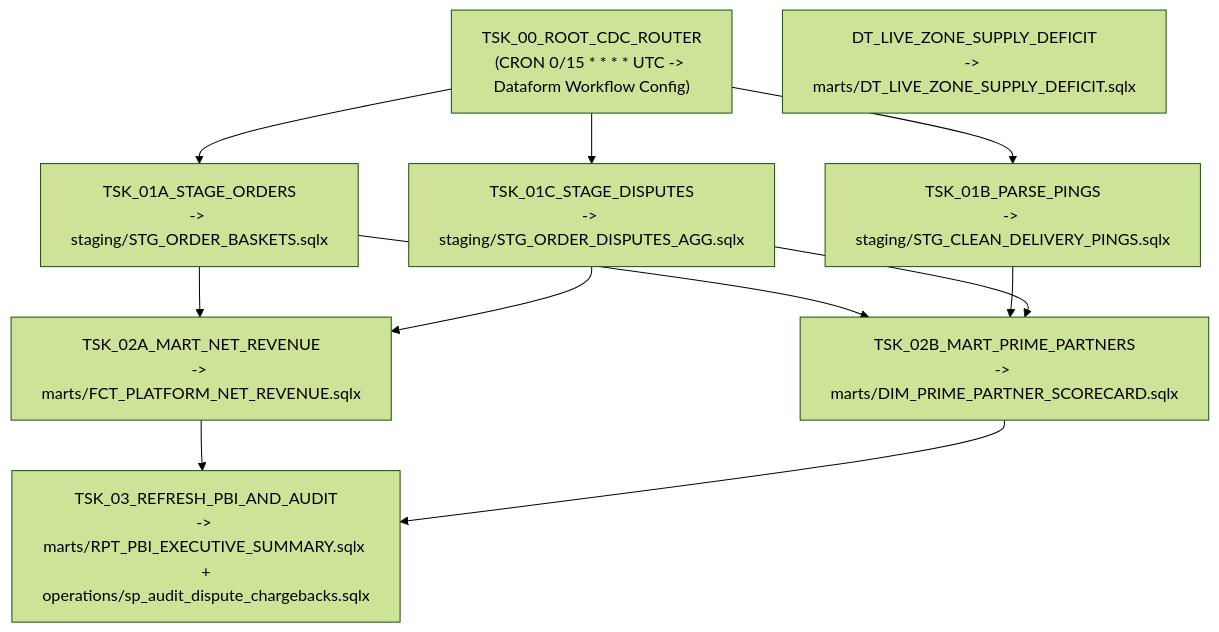
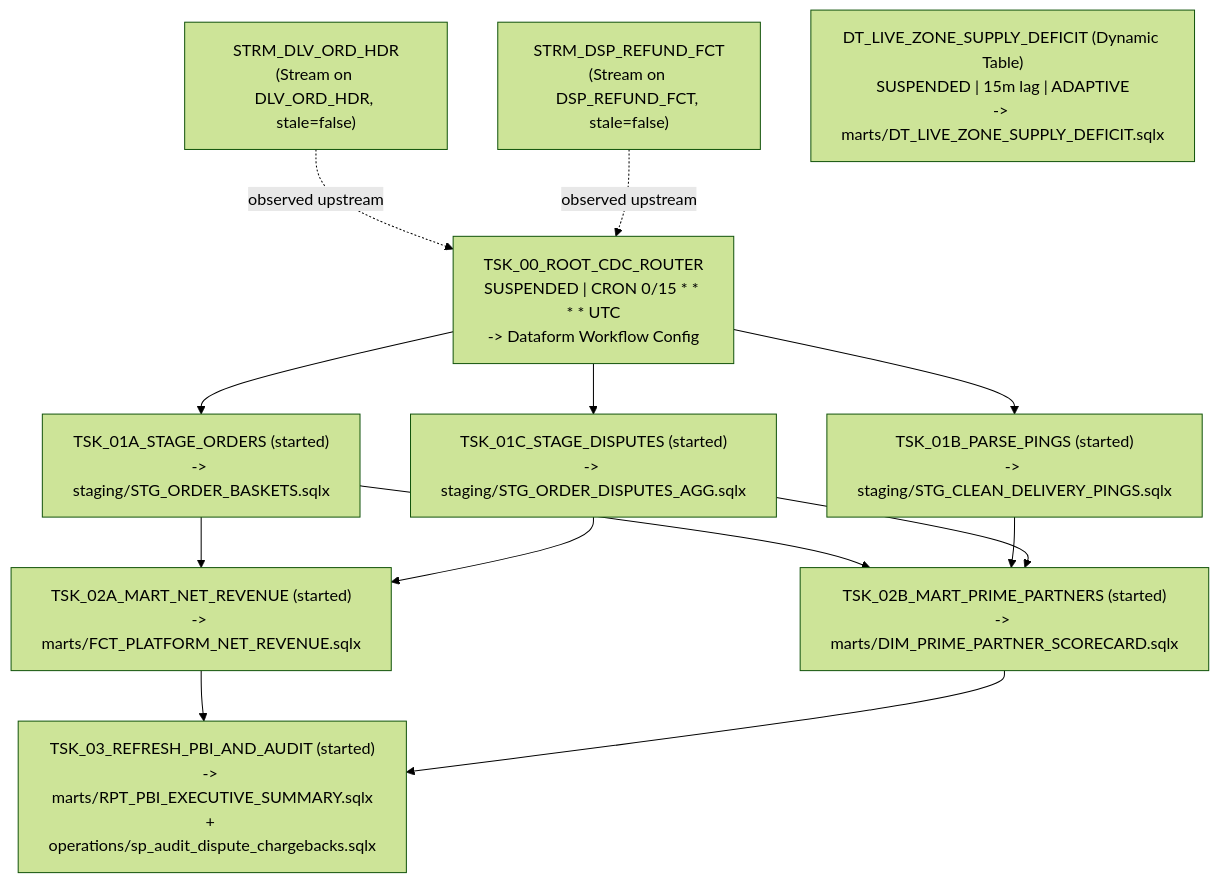
One commit to lvaracca/dcd-agentic-data-migration changed the diagram in gcp-target/MIGRATION_AUDIT_REPORT.md. Above: the diagram before and after it, drawn with Mermaid (forest theme). The commit also changed other lines of this file and 33 other files, not shown here.

````diff
--- a/gcp-target/MIGRATION_AUDIT_REPORT.md
+++ b/gcp-target/MIGRATION_AUDIT_REPORT.md
@@ -31,16 +124,26 @@
 ```mermaid
 flowchart TD
-    T0["TSK_00_ROOT_CDC_ROUTER<br/>(CRON 0/15 * * * * UTC -> Dataform Workflow Config)"]
-    T1A["TSK_01A_STAGE_ORDERS<br/>-> staging/STG_ORDER_BASKETS.sqlx"]
-    T1B["TSK_01B_PARSE_PINGS<br/>-> staging/STG_CLEAN_DELIVERY_PINGS.sqlx"]
-    T1C["TSK_01C_STAGE_DISPUTES<br/>-> staging/STG_ORDER_DISPUTES_AGG.sqlx"]
-    T2A["TSK_02A_MART_NET_REVENUE<br/>-> marts/FCT_PLATFORM_NET_REVENUE.sqlx"]
-    T2B["TSK_02B_MART_PRIME_PARTNERS<br/>-> marts/DIM_PRIME_PARTNER_SCORECARD.sqlx"]
-    DT["DT_LIVE_ZONE_SUPPLY_DEFICIT<br/>-> marts/DT_LIVE_ZONE_SUPPLY_DEFICIT.sqlx"]
-    T3["TSK_03_REFRESH_PBI_AND_AUDIT<br/>-> marts/RPT_PBI_EXECUTIVE_SUMMARY.sqlx +<br/>operations/sp_audit_dispute_chargebacks.sqlx"]
+    S1["STRM_DLV_ORD_HDR\n(Stream on DLV_ORD_HDR, stale=false)"]
+    S2["STRM_DSP_REFUND_FCT\n(Stream on DSP_REFUND_FCT, stale=false)"]
+    T0["TSK_00_ROOT_CDC_ROUTER\nSUSPENDED | CRON 0/15 * * * * UTC\n-> Dataform Workflow Config"]
+    T1A["TSK_01A_STAGE_ORDERS (started)\n-> staging/STG_ORDER_BASKETS.sqlx"]
+    T1B["TSK_01B_PARSE_PINGS (started)\n-> staging/STG_CLEAN_DELIVERY_PINGS.sqlx"]
+    T1C["TSK_01C_STAGE_DISPUTES (started)\n-> staging/STG_ORDER_DISPUTES_AGG.sqlx"]
+    T2A["TSK_02A_MART_NET_REVENUE (started)\n-> marts/FCT_PLATFORM_NET_REVENUE.sqlx"]
+    T2B["TSK_02B_MART_PRIME_PARTNERS (started)\n-> marts/DIM_PRIME_PARTNER_SCORECARD.sqlx"]
+    T3["TSK_03_REFRESH_PBI_AND_AUDIT (started)\n-> marts/RPT_PBI_EXECUTIVE_SUMMARY.sqlx\n+ operations/sp_audit_dispute_chargebacks.sqlx"]
+    DT["DT_LIVE_ZONE_SUPPLY_DEFICIT (Dynamic Table)\nSUSPENDED | 15m lag | ADAPTIVE\n-> marts/DT_LIVE_ZONE_SUPPLY_DEFICIT.sqlx"]
 
-    T0 --> T1A & T1B & T1C
-    T1A & T1C --> T2A
-    T1A & T1B & T1C --> T2B
-    T2A & T2B --> T3
+    S1 -. "observed upstream" .-> T0
+    S2 -. "observed upstream" .-> T0
+    T0 --> T1A
+    T0 --> T1B
+    T0 --> T1C
+    T1A --> T2A
+    T1C --> T2A
+    T1A --> T2B
+    T1B --> T2B
+    T1C --> T2B
+    T2A --> T3
+    T2B --> T3
 ```
````
